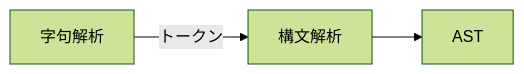
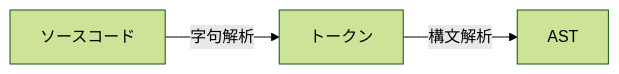
Before and after one commit to ren-yamanashi/2025-05-24_ts_kaigi: the diagram in slides/pages/09.what-ast.md, drawn with Mermaid (forest theme). The commit also changed other lines of this file and 3 other files, not shown here.

````diff
--- a/slides/pages/09.what-ast.md
+++ b/slides/pages/09.what-ast.md
@@ -21,5 +21,5 @@
 ```mermaid
 flowchart LR
 
-字句解析 --トークン--> 構文解析 --> AST
+ソースコード --字句解析--> トークン --構文解析--> AST
 ```
````
